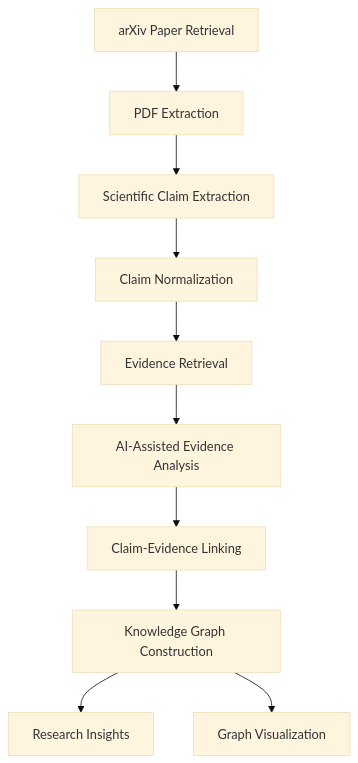
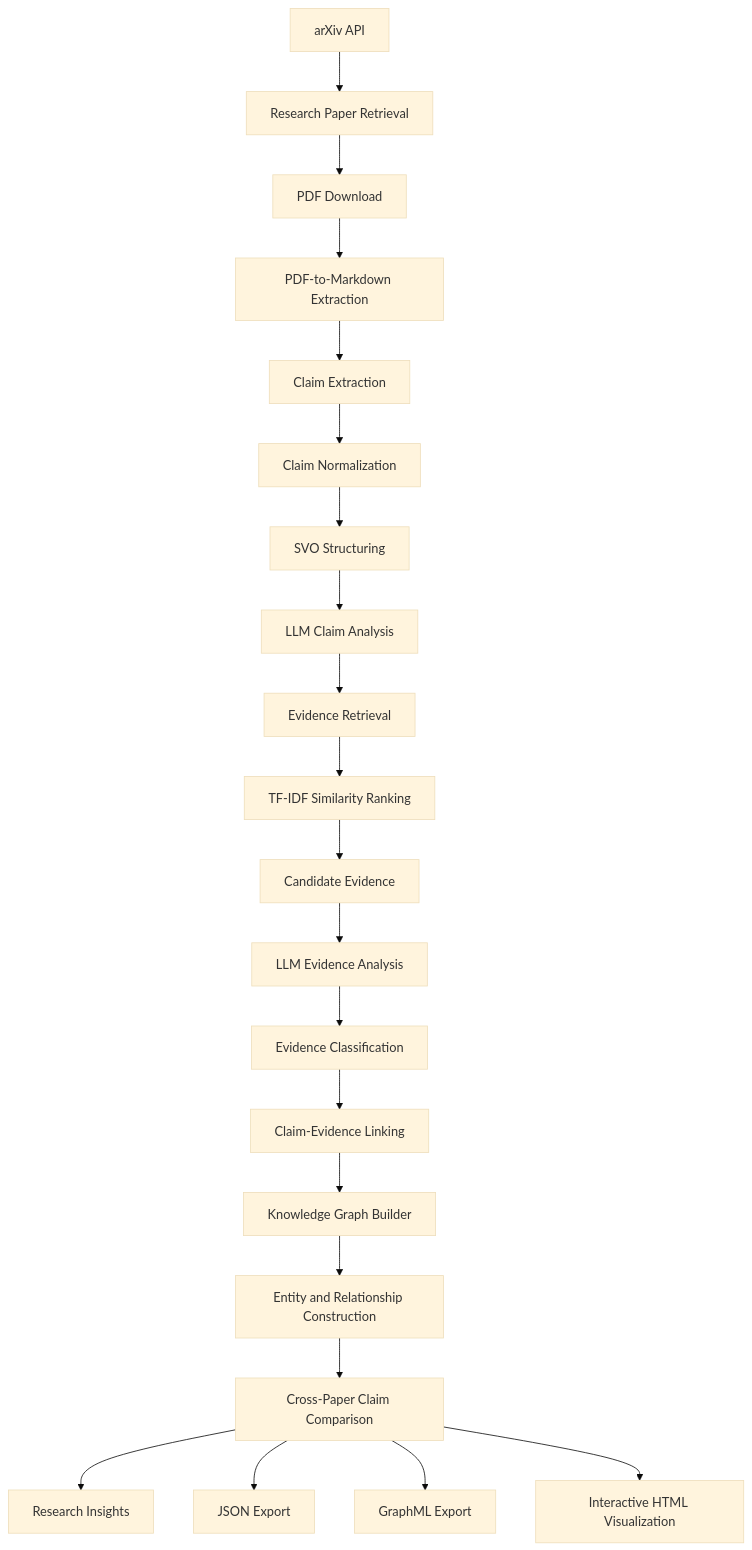
One commit to iamHammadA/Alethia changed the first of 2 diagrams in README.md. Above: the diagram before and after it, drawn with Mermaid (base theme). The commit also changed other lines of this file, not shown here.

````diff
--- a/README.md
+++ b/README.md
@@ -38,12 +77,28 @@
 ```mermaid
 flowchart TD
-    A[arXiv Paper Retrieval] --> B[PDF Extraction]
-    B --> C[Scientific Claim Extraction]
-    C --> D[Claim Normalization]
-    D --> E[Evidence Retrieval]
-    E --> F[AI-Assisted Evidence Analysis]
-    F --> G[Claim-Evidence Linking]
-    G --> H[Knowledge Graph Construction]
-    H --> I[Research Insights]
-    H --> J[Graph Visualization]
+    A["arXiv API"] --> B["Research Paper Retrieval"]
+    B --> C["PDF Download"]
+    C --> D["PDF-to-Markdown Extraction"]
+
+    D --> E["Claim Extraction"]
+    E --> F["Claim Normalization"]
+    F --> G["SVO Structuring"]
+    G --> H["LLM Claim Analysis"]
+
+    H --> I["Evidence Retrieval"]
+    I --> J["TF-IDF Similarity Ranking"]
+    J --> K["Candidate Evidence"]
+
+    K --> L["LLM Evidence Analysis"]
+    L --> M["Evidence Classification"]
+    M --> N["Claim-Evidence Linking"]
+
+    N --> O["Knowledge Graph Builder"]
+    O --> P["Entity and Relationship Construction"]
+    P --> Q["Cross-Paper Claim Comparison"]
+
+    Q --> R["Research Insights"]
+    Q --> S["JSON Export"]
+    Q --> T["GraphML Export"]
+    Q --> U["Interactive HTML Visualization"]
 ```
````
